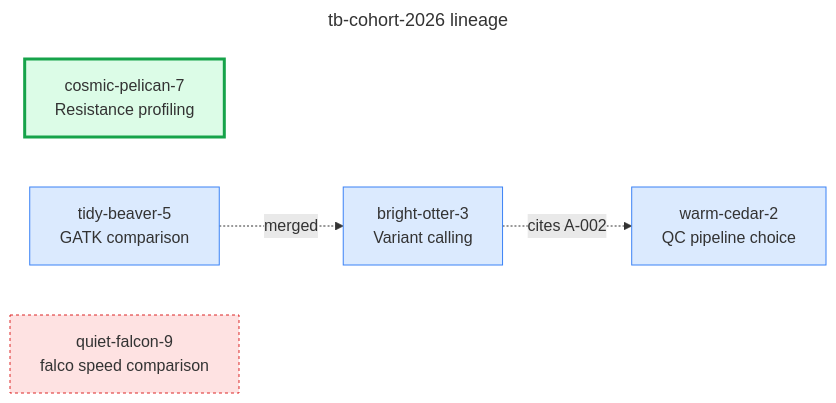
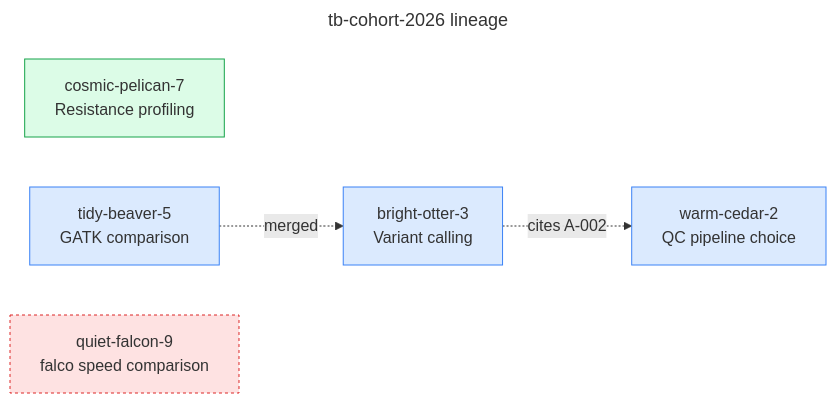
The fourth of 4 diagrams in docs/tutorials/project-management.md (abc-cluster/abc-cluster-cli), drawn with Mermaid before and after one commit. The commit also changed other lines of this file and 5 other files, not shown here.

First line of the commit message:
investigation visualize: distinct kanban card colours + per-section gantt lanes

````diff
--- a/docs/tutorials/project-management.md
+++ b/docs/tutorials/project-management.md
@@ -287,22 +287,28 @@
 ```mermaid
 ---
 title: tb-cohort-2026 lineage
 ---
 flowchart LR
    I_warm[warm-cedar-2\nQC pipeline choice]
    I_bright[bright-otter-3\nVariant calling]
    I_cosmic[cosmic-pelican-7\nResistance profiling]
    I_tidy[tidy-beaver-5\nGATK comparison]
    I_quiet[quiet-falcon-9\nfalco speed comparison]
 
    I_tidy -.->|merged| I_bright
    I_bright -.->|cites A-002| I_warm
 
-   classDef merged   fill:#dbeafe,stroke:#3b82f6
-   classDef active   fill:#dcfce7,stroke:#16a34a,stroke-width:3px
-   classDef deadend  fill:#fee2e2,stroke:#dc2626,stroke-dasharray:3 3
+   classDef active fill:#dcfce7,stroke:#16a34a
+   classDef merged fill:#dbeafe,stroke:#3b82f6
+   classDef deadend fill:#fee2e2,stroke:#dc2626,stroke-dasharray:3 3
+   classDef archived fill:#f3f4f6,stroke:#6b7280
+   classDef run fill:#dcfce7,stroke:#16a34a
+   classDef hyp fill:#dbeafe,stroke:#3b82f6
+   classDef issue fill:#fee2e2,stroke:#dc2626
+   classDef insight fill:#dbeafe,stroke:#3b82f6
+   classDef inv fill:#dbeafe,stroke:#3b82f6
 
    class I_warm,I_bright,I_tidy merged
    class I_cosmic active
    class I_quiet deadend
 ```
````
